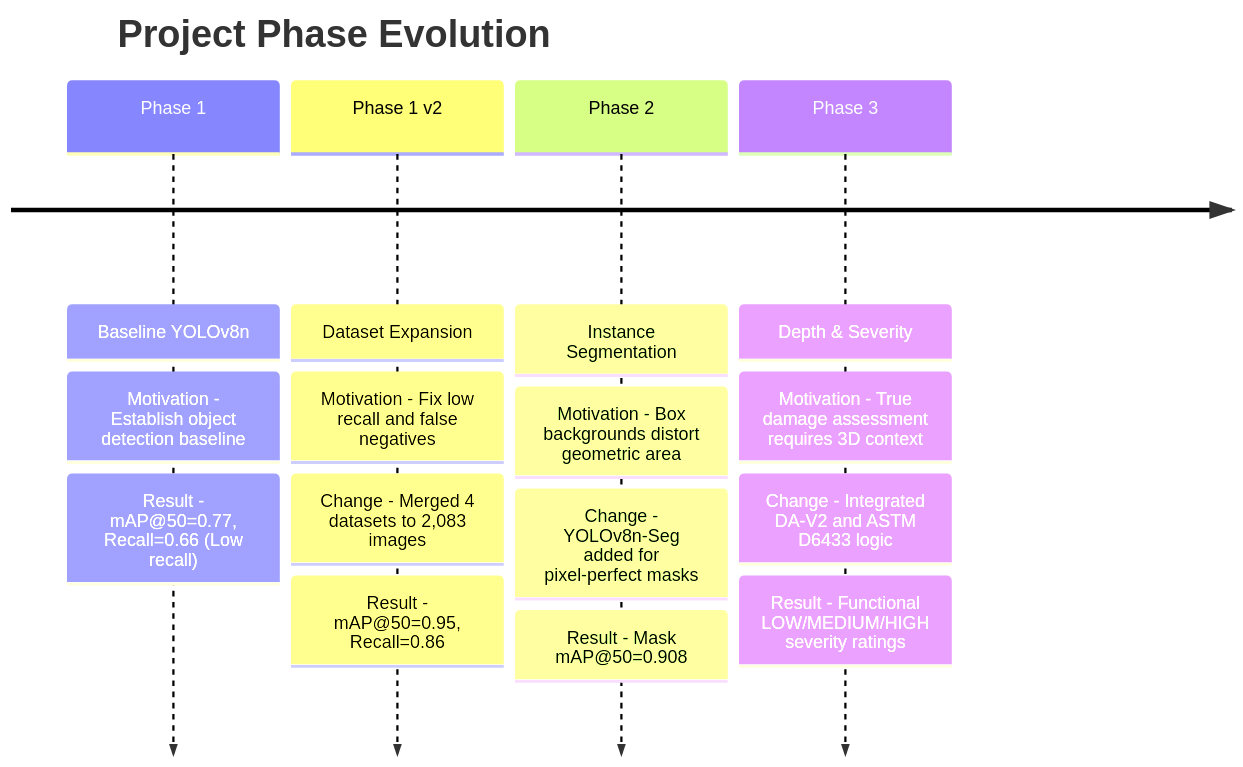
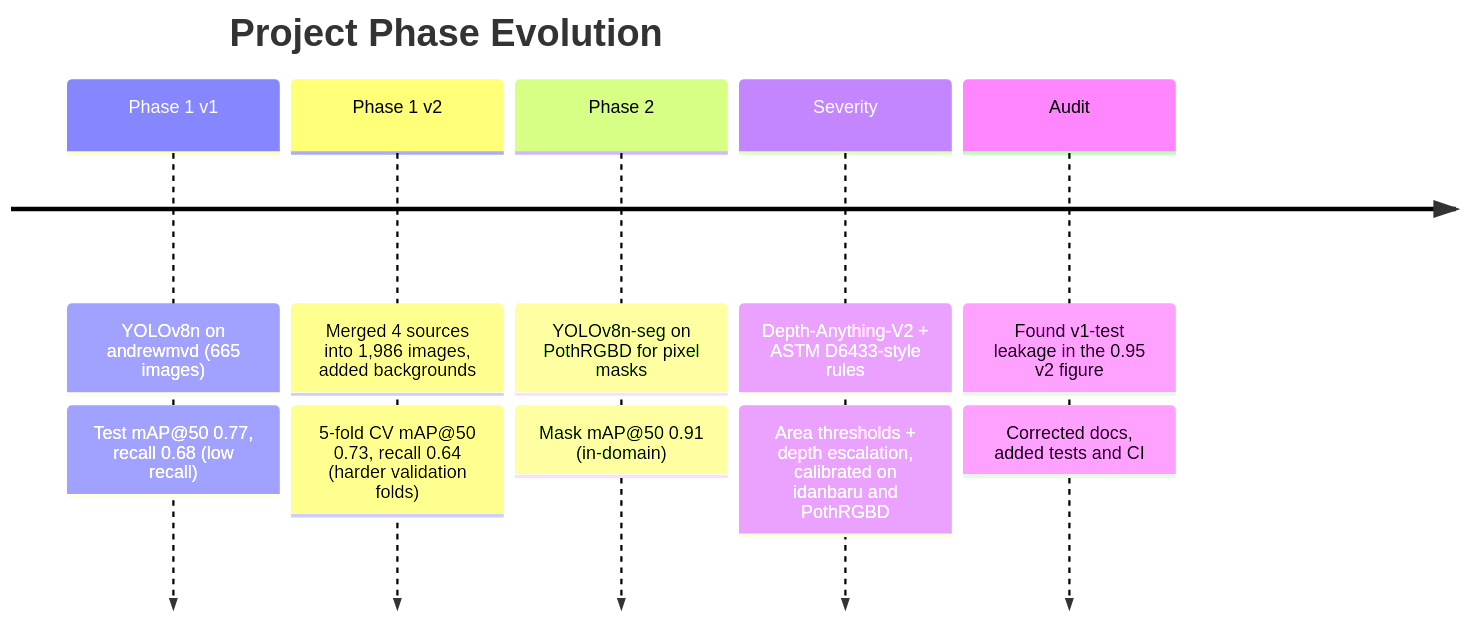
Before and after one commit to mohanreddythippireddy14-cell/Pothole_detection: the diagram in docs/10_project_history.md, drawn with Mermaid. The commit also changed other lines of this file and 22 other files, not shown here.

````diff
--- a/docs/10_project_history.md
+++ b/docs/10_project_history.md
@@ -5,20 +3,14 @@
 ```mermaid
 timeline
     title Project Phase Evolution
-    Phase 1 : Baseline YOLOv8n
-            : Motivation - Establish object detection baseline
-            : Result - mAP@50=0.77, Recall=0.66 (Low recall)
-    Phase 1 v2 : Dataset Expansion
-               : Motivation - Fix low recall and false negatives
-               : Change - Merged 4 datasets to 2,083 images
-               : Result - mAP@50=0.95, Recall=0.86
-    Phase 2 : Instance Segmentation
-            : Motivation - Box backgrounds distort geometric area
-            : Change - YOLOv8n-Seg added for pixel-perfect masks
-            : Result - Mask mAP@50=0.908
-    Phase 3 : Depth & Severity
-            : Motivation - True damage assessment requires 3D context
-            : Change - Integrated DA-V2 and ASTM D6433 logic
-            : Result - Functional LOW/MEDIUM/HIGH severity ratings
-
+    Phase 1 v1 : YOLOv8n on andrewmvd (665 images)
+               : Test mAP@50 0.77, recall 0.68 (low recall)
+    Phase 1 v2 : Merged 4 sources into 1,986 images, added backgrounds
+               : 5-fold CV mAP@50 0.73, recall 0.64 (harder validation folds)
+    Phase 2    : YOLOv8n-seg on PothRGBD for pixel masks
+               : Mask mAP@50 0.91 (in-domain)
+    Severity   : Depth-Anything-V2 + ASTM D6433-style rules
+               : Area thresholds + depth escalation, calibrated on idanbaru and PothRGBD
+    Audit      : Found v1-test leakage in the 0.95 v2 figure
+               : Corrected docs, added tests and CI
 ```
````
